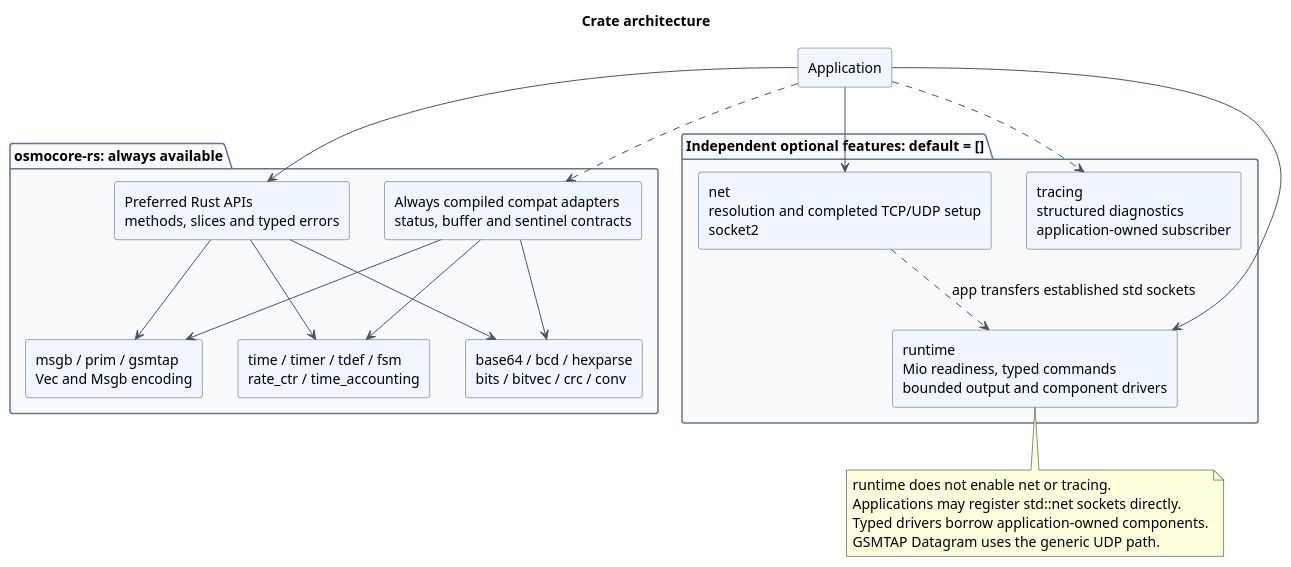
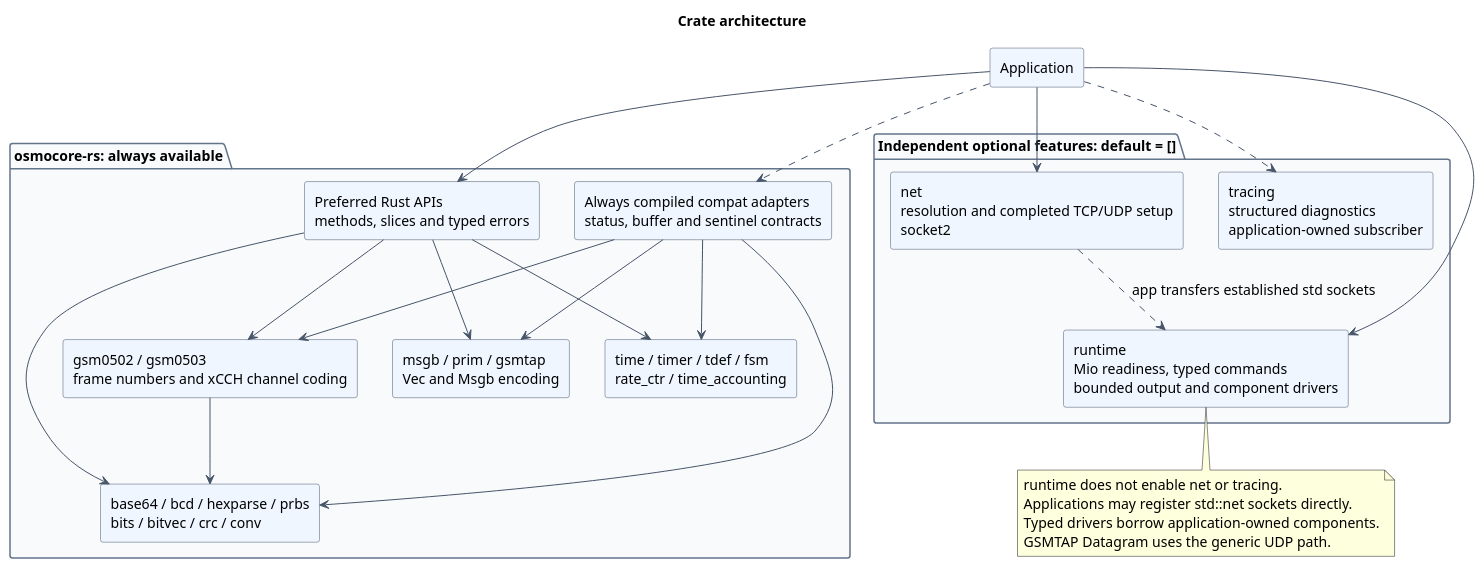
The diagram in docs/architecture/diagrams/src/crate-architecture.puml (Silent-Wolf-Labs/osmocore-rs), drawn with PlantUML before and after one commit.

Commit message:
docs(architecture): add prbs, gsm0502 and gsm0503 to the crate diagram source
The rendered SVG still needs regenerating with PlantUML 1.2026.8.

```diff
--- a/docs/architecture/diagrams/src/crate-architecture.puml
+++ b/docs/architecture/diagrams/src/crate-architecture.puml
@@ -1,45 +1,49 @@
 @startuml
 title Crate architecture
 skinparam backgroundColor white
 skinparam shadowing false
 skinparam componentStyle rectangle
 skinparam defaultFontName SansSerif
 skinparam defaultFontSize 14
 skinparam ArrowColor #475569
 skinparam componentBackgroundColor #EFF6FF
 skinparam componentBorderColor #475569
 skinparam packageBackgroundColor #F8FAFC
 skinparam packageBorderColor #64748B
 top to bottom direction
 component "Application" as app
 package "osmocore-rs: always available" {
 component "Preferred Rust APIs\nmethods, slices and typed errors" as preferred
 component "Always compiled compat adapters\nstatus, buffer and sentinel contracts" as compat
-component "base64 / bcd / hexparse\nbits / bitvec / crc / conv" as utilities
+component "base64 / bcd / hexparse / prbs\nbits / bitvec / crc / conv" as utilities
+component "gsm0502 / gsm0503\nframe numbers and xCCH channel coding" as gsm
 component "msgb / prim / gsmtap\nVec and Msgb encoding" as messages
 component "time / timer / tdef / fsm\nrate_ctr / time_accounting" as components
 }
 package "Independent optional features: default = []" {
 component "net\nresolution and completed TCP/UDP setup\nsocket2" as net
 component "runtime\nMio readiness, typed commands\nbounded output and component drivers" as runtime
 component "tracing\nstructured diagnostics\napplication-owned subscriber" as tracing
 }
 app --> preferred
 app ..> compat
 preferred --> utilities
+preferred --> gsm
 preferred --> messages
 preferred --> components
 compat --> utilities
+compat --> gsm
 compat --> messages
 compat --> components
+gsm --> utilities
 app --> net
 app --> runtime
 app ..> tracing
 net ..> runtime : app transfers established std sockets
 note bottom of runtime
 runtime does not enable net or tracing.
 Applications may register std::net sockets directly.
 Typed drivers borrow application-owned components.
 GSMTAP Datagram uses the generic UDP path.
 end note
 @enduml
```
